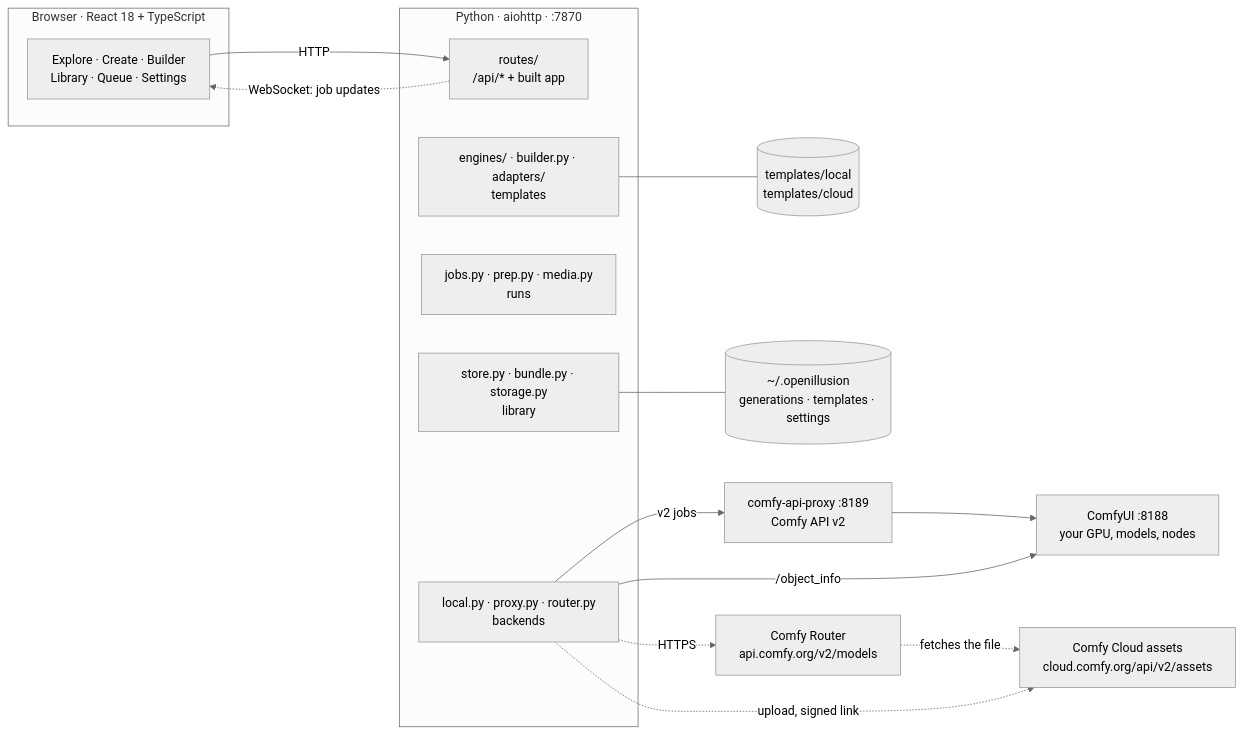
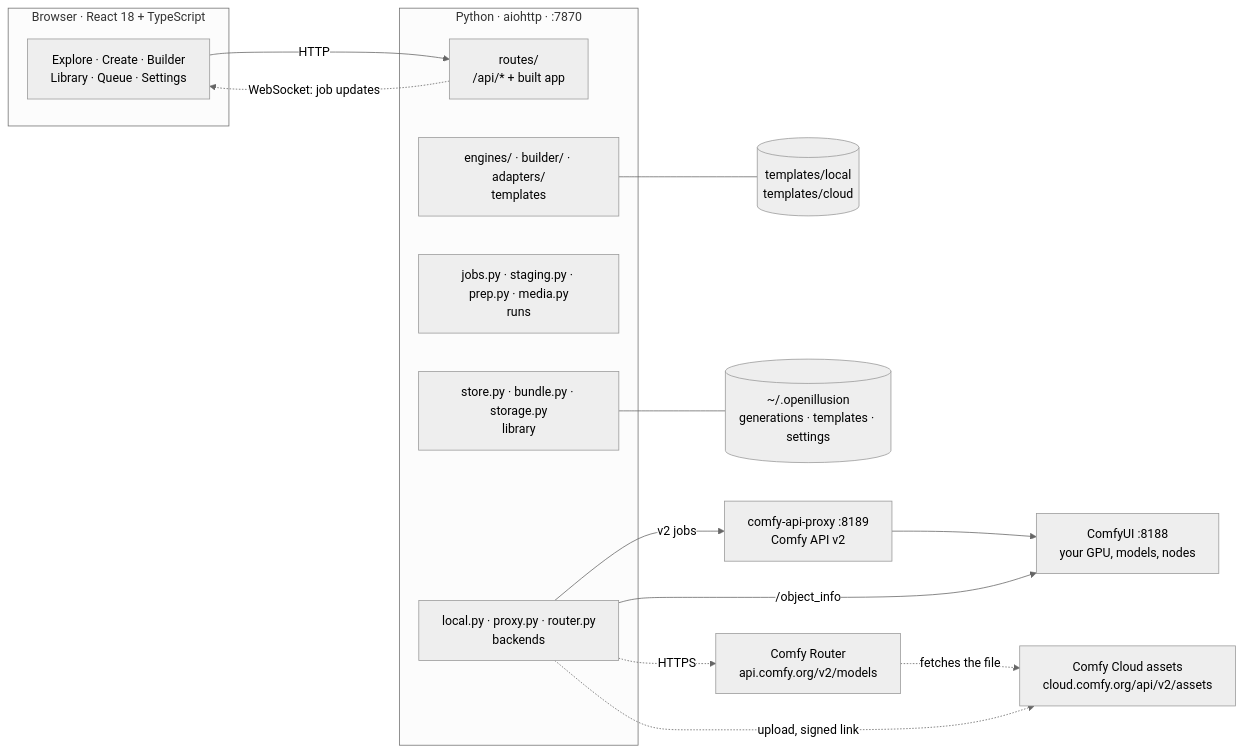
One commit to GETHUK-BIGEMPEROR/OpenIllusion changed the first of 5 diagrams in README.md. Above: the diagram before and after it, drawn with Mermaid (neutral theme). The commit also changed other lines of this file and 13 other files, not shown here.

First line of the commit message:
Split the builder into a package and move run staging out of jobs

````diff
--- a/README.md
+++ b/README.md
@@ -129,31 +129,31 @@
 ```mermaid
 flowchart LR
   subgraph Browser["Browser · React 18 + TypeScript"]
     UI["Explore · Create · Builder<br/>Library · Queue · Settings"]
   end
 
   subgraph Server["Python · aiohttp · :7870"]
     R["routes/<br/>/api/* + built app"]
-    T["engines/ · builder.py · adapters/<br/>templates"]
-    J["jobs.py · prep.py · media.py<br/>runs"]
+    T["engines/ · builder/ · adapters/<br/>templates"]
+    J["jobs.py · staging.py · prep.py · media.py<br/>runs"]
     L["store.py · bundle.py · storage.py<br/>library"]
     B["local.py · proxy.py · router.py<br/>backends"]
   end
 
   P["comfy-api-proxy :8189<br/>Comfy API v2"]
   C["ComfyUI :8188<br/>your GPU, models, nodes"]
   RT["Comfy Router<br/>api.comfy.org/v2/models"]
   CA["Comfy Cloud assets<br/>cloud.comfy.org/api/v2/assets"]
   RE[("templates/local<br/>templates/cloud")]
   H[("~/.openillusion<br/>generations · templates · settings")]
 
   UI -- HTTP --> R
   R -. "WebSocket: job updates" .-> UI
   B -- "v2 jobs" --> P --> C
   B -- "/object_info" --> C
   B -. HTTPS .-> RT
   B -. "upload, signed link" .-> CA
   RT -. "fetches the file" .-> CA
   T --- RE
   L --- H
 ```
````
